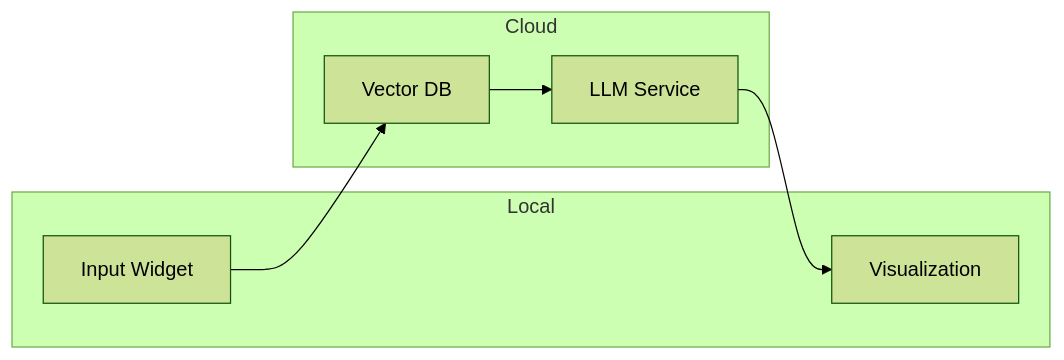
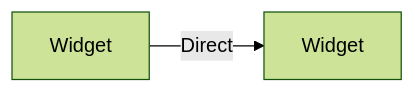
One commit to usirin/monorepo changed the second of 3 diagrams in dream/001-widget-communication.md. Above: the diagram before and after it, drawn with Mermaid (forest theme). The commit also changed other lines of this file, not shown here.

````diff
--- a/dream/001-widget-communication.md
+++ b/dream/001-widget-communication.md
@@ -125,15 +88,4 @@
 ```mermaid
 graph LR
-    A[Input Widget] --> B[Vector DB]
-    B --> C[LLM Service]
-    C --> D[Visualization]
-    
-    subgraph Local
-        A
-        D
-    end
-    subgraph Cloud
-        B
-        C
-    end
+    A[Widget] -->|Direct| B[Widget]
 ```
````
